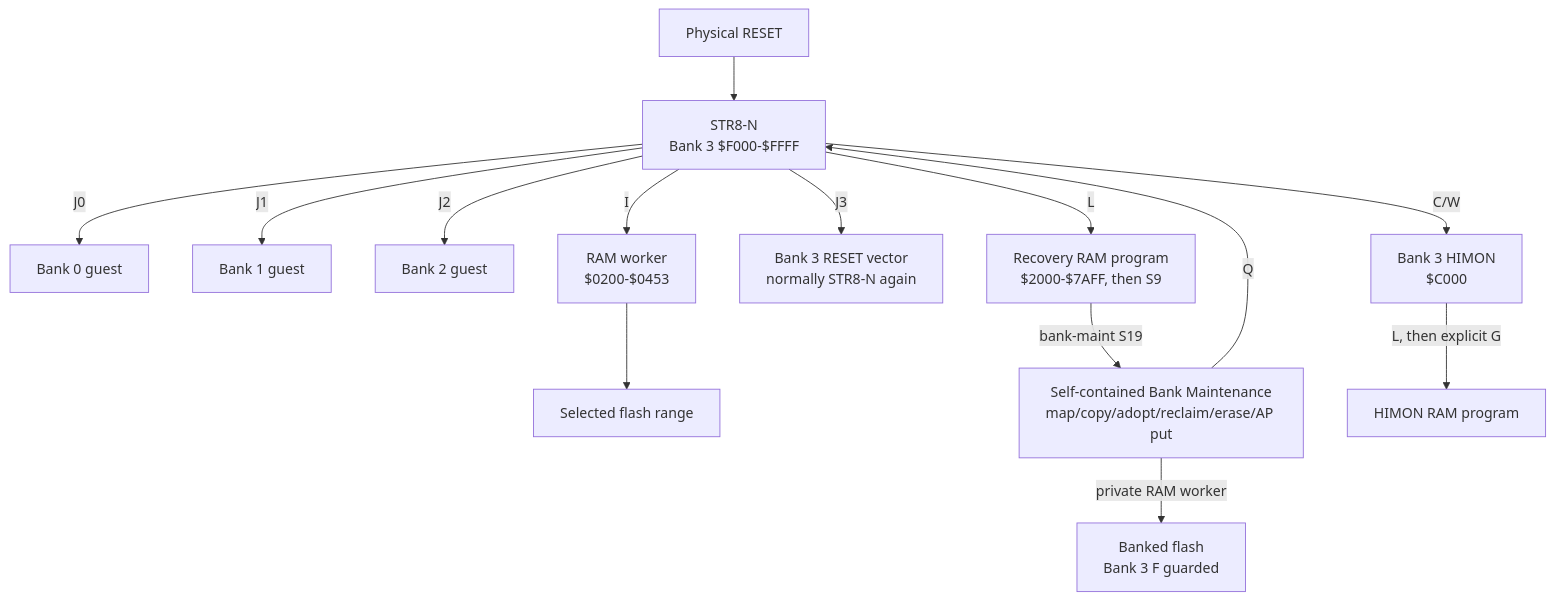
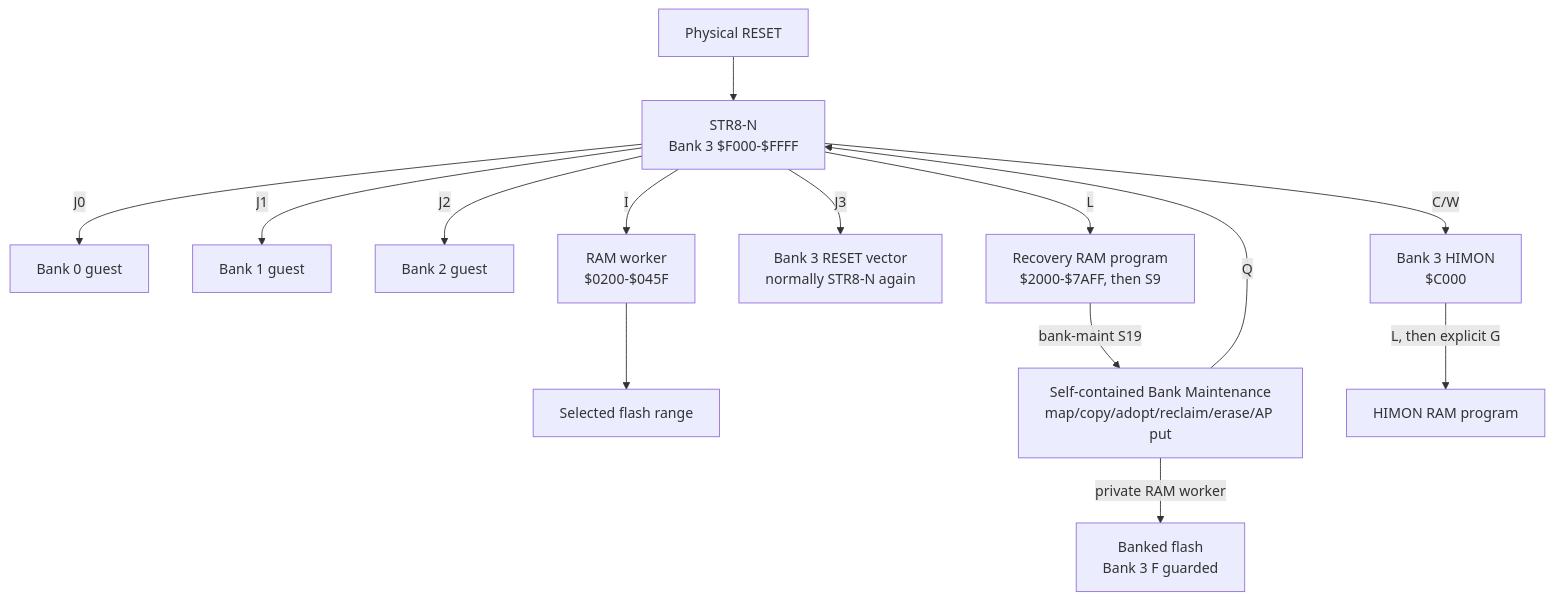
The first of 14 diagrams in docs/MAPS.md (95westus/STR8-N), drawn with Mermaid before and after one commit. The commit also changed other lines of this file and 56 other files, not shown here.

````diff
--- a/docs/MAPS.md
+++ b/docs/MAPS.md
@@ -7,16 +7,16 @@
 ```mermaid
 flowchart TB
     RESET[Physical RESET] --> S[STR8-N<br/>Bank 3 $F000-$FFFF]
     S -->|J0| B0[Bank 0 guest]
     S -->|J1| B1[Bank 1 guest]
     S -->|J2| B2[Bank 2 guest]
     S -->|C/W| B3[Bank 3 HIMON<br/>$C000]
     S -->|J3| R3[Bank 3 RESET vector<br/>normally STR8-N again]
-    S -->|I| W[RAM worker<br/>$0200-$0453]
+    S -->|I| W[RAM worker<br/>$0200-$045F]
     W --> FLASH[Selected flash range]
     S -->|L| RAM[Recovery RAM program<br/>$2000-$7AFF, then S9]
     RAM -->|bank-maint S19| BM[Self-contained Bank Maintenance<br/>map/copy/adopt/reclaim/erase/AP put]
     BM -->|private RAM worker| FLASH2[Banked flash<br/>Bank 3 F guarded]
     BM -->|Q| S
     B3 -->|L, then explicit G| RAM2[HIMON RAM program]
 ```
````
